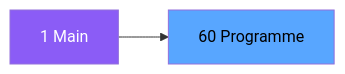
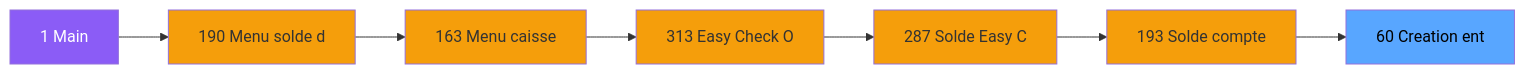
Before and after one commit to thonyAGP/magic-migration: the second of 3 diagrams in .openspec/specs/ADH-IDE-60.md, drawn with Mermaid. The commit also changed other lines of this file and 323 other files, not shown here.

````diff
--- a/.openspec/specs/ADH-IDE-60.md
+++ b/.openspec/specs/ADH-IDE-60.md
@@ -98,8 +111,23 @@
 ```mermaid
 graph LR
     M[1 Main]
-    T[60 Programme]
-    M --> T
+    N190[190 Menu solde d]
+    N163[163 Menu caisse ]
+    N313[313 Easy Check O]
+    N287[287 Solde Easy C]
+    N193[193 Solde compte]
+    T[60 Creation ent]
+    M --> N190
+    N190 --> N163
+    N163 --> N313
+    N313 --> N287
+    N287 --> N193
+    N193 --> T
     style M fill:#8b5cf6,color:#fff
+    style N190 fill:#f59e0b
+    style N163 fill:#f59e0b
+    style N313 fill:#f59e0b
+    style N287 fill:#f59e0b
+    style N193 fill:#f59e0b
     style T fill:#58a6ff,color:#000
 ```
````
